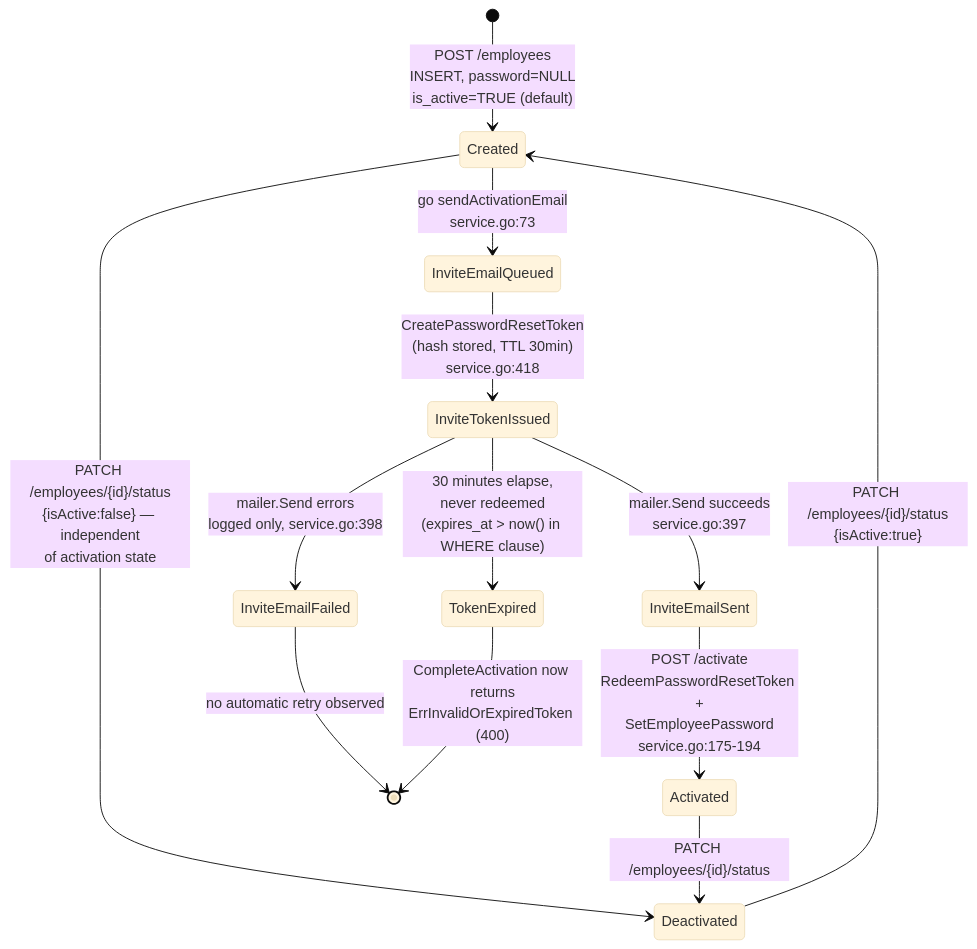
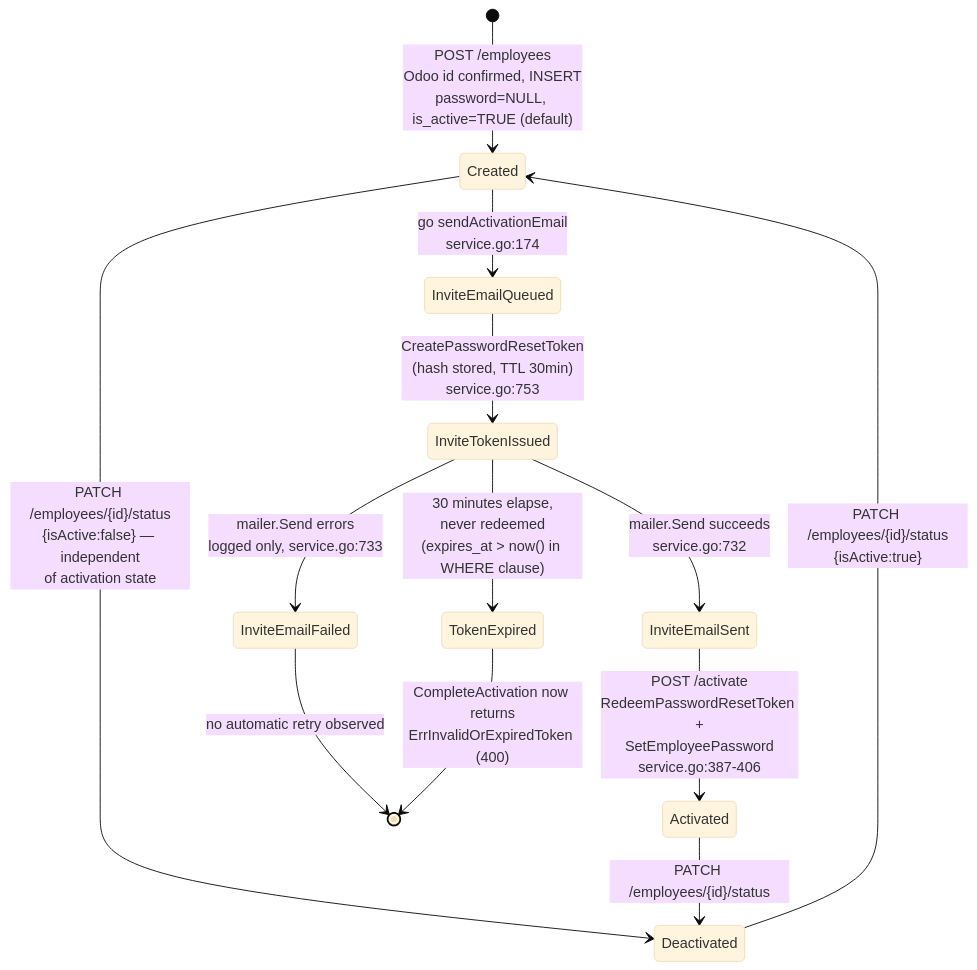
The third of 3 diagrams in docs/flows/admin-create-employee.md (Bang-Bien-Holding/bangnails.employee-app-backend), drawn with Mermaid (base theme) before and after one commit. The commit also changed other lines of this file and 3 other files, not shown here.

````diff
--- a/docs/flows/admin-create-employee.md
+++ b/docs/flows/admin-create-employee.md
@@ -133,16 +331,16 @@
 ```mermaid
 stateDiagram-v2
-    [*] --> Created: POST /employees<br/>INSERT, password=NULL<br/>is_active=TRUE (default)
-    Created --> InviteEmailQueued: go sendActivationEmail<br/>service.go:73
-    InviteEmailQueued --> InviteTokenIssued: CreatePasswordResetToken<br/>(hash stored, TTL 30min)<br/>service.go:418
-    InviteTokenIssued --> InviteEmailSent: mailer.Send succeeds<br/>service.go:397
-    InviteTokenIssued --> InviteEmailFailed: mailer.Send errors<br/>logged only, service.go:398
-    InviteEmailSent --> Activated: POST /activate<br/>RedeemPasswordResetToken +<br/>SetEmployeePassword<br/>service.go:175-194
+    [*] --> Created: POST /employees<br/>Odoo id confirmed, INSERT<br/>password=NULL, is_active=TRUE (default)
+    Created --> InviteEmailQueued: go sendActivationEmail<br/>service.go:174
+    InviteEmailQueued --> InviteTokenIssued: CreatePasswordResetToken<br/>(hash stored, TTL 30min)<br/>service.go:753
+    InviteTokenIssued --> InviteEmailSent: mailer.Send succeeds<br/>service.go:732
+    InviteTokenIssued --> InviteEmailFailed: mailer.Send errors<br/>logged only, service.go:733
+    InviteEmailSent --> Activated: POST /activate<br/>RedeemPasswordResetToken +<br/>SetEmployeePassword<br/>service.go:387-406
     InviteTokenIssued --> TokenExpired: 30 minutes elapse,<br/>never redeemed<br/>(expires_at > now() in WHERE clause)
     InviteEmailFailed --> [*]: no automatic retry observed
     TokenExpired --> [*]: CompleteActivation now returns<br/>ErrInvalidOrExpiredToken (400)
 
     Created --> Deactivated: PATCH /employees/{id}/status<br/>{isActive:false} — independent<br/>of activation state
     Activated --> Deactivated: PATCH /employees/{id}/status
     Deactivated --> Created: PATCH /employees/{id}/status<br/>{isActive:true}
 ```
````
